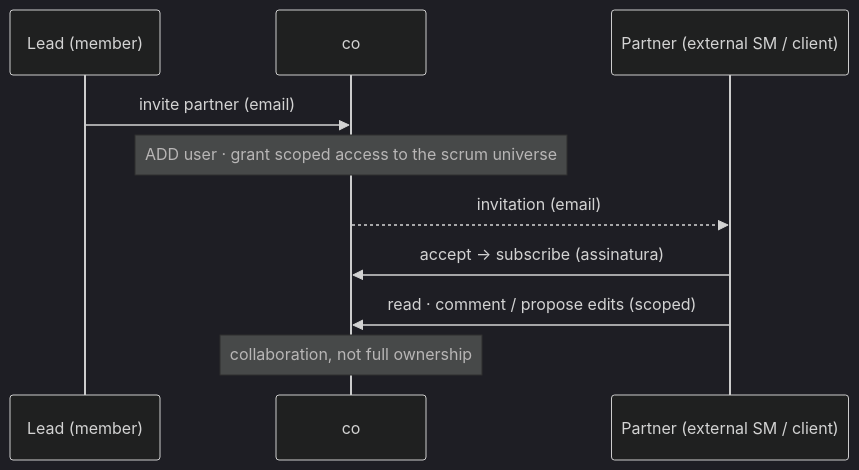
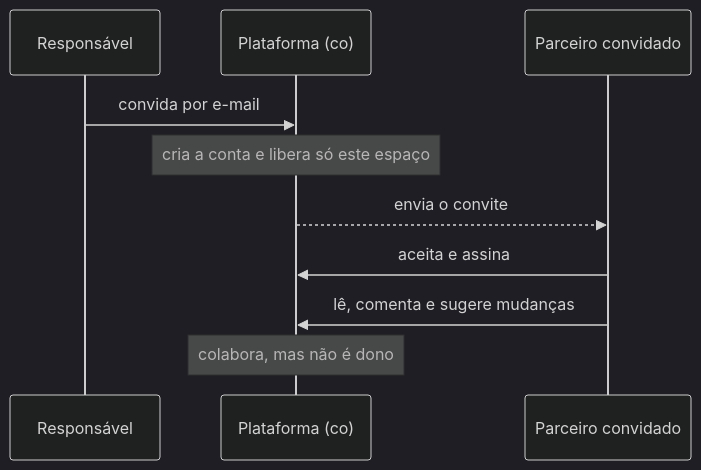
The third of 4 diagrams in docs/scrum-universe.pt.md (artelonga/ArteLonga), drawn with Mermaid (dark theme) before and after one commit. The commit also changed other lines of this file and 43 other files, not shown here.

First line of the commit message:
feat(docs): diagramas simples e legíveis (sem jargão) em todas as docs (#89)

````diff
--- a/docs/scrum-universe.pt.md
+++ b/docs/scrum-universe.pt.md
@@ -81,12 +81,12 @@
 ```mermaid
 sequenceDiagram
-  participant L as Lead (member)
-  participant CO as co
-  participant P as Partner (external SM / client)
-  L->>CO: invite partner (email)
-  Note over CO: ADD user · grant scoped access to the scrum universe
-  CO-->>P: invitation (email)
-  P->>CO: accept → subscribe (assinatura)
-  P->>CO: read · comment / propose edits (scoped)
-  Note over CO: collaboration, not full ownership
+  participant L as Responsável
+  participant CO as Plataforma (co)
+  participant P as Parceiro convidado
+  L->>CO: convida por e-mail
+  Note over CO: cria a conta e libera só este espaço
+  CO-->>P: envia o convite
+  P->>CO: aceita e assina
+  P->>CO: lê, comenta e sugere mudanças
+  Note over CO: colabora, mas não é dono
 ```
````
